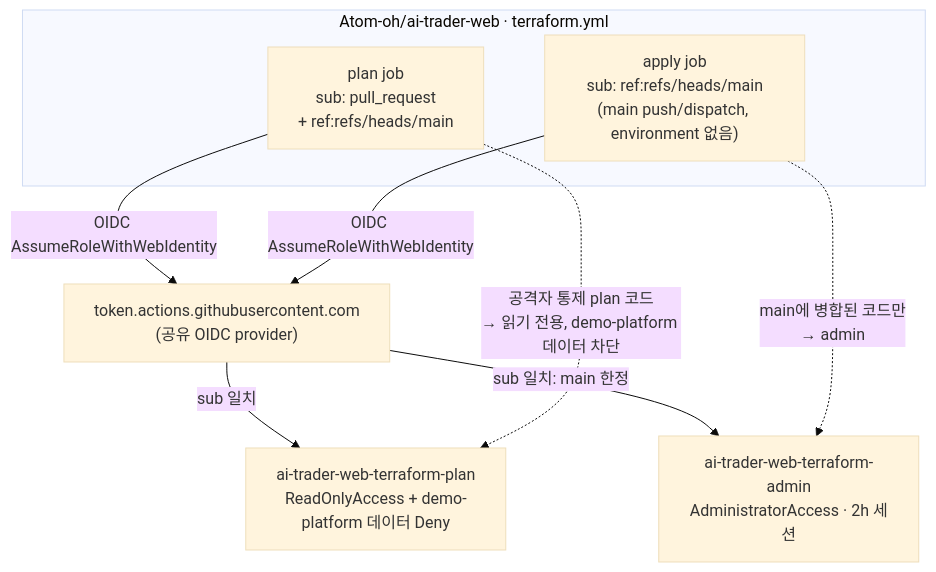
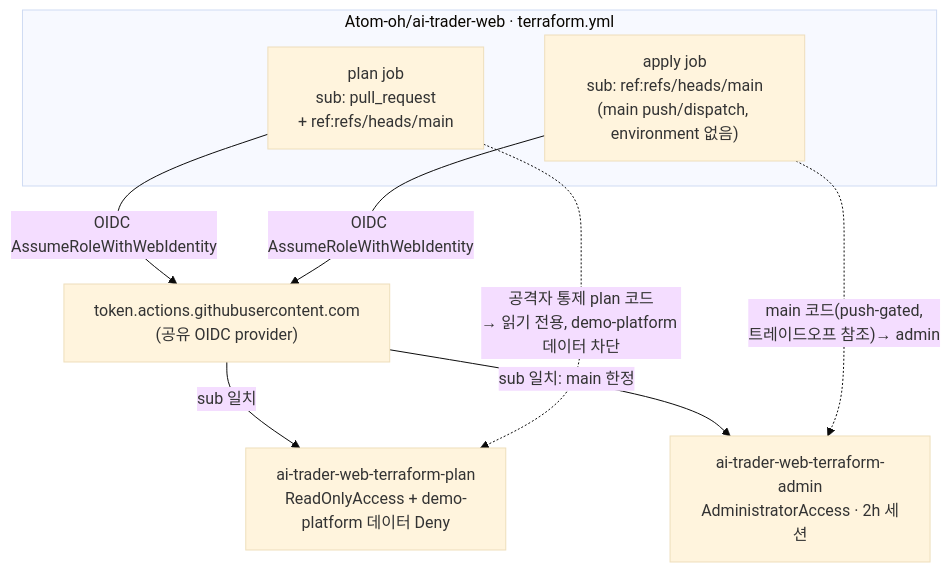
Before and after one commit to Atom-oh/AWS-Demo-Platform: the second of 2 diagrams in docs/decisions/ADR-012-ai-trader-web-oidc-plan-apply-split.md, drawn with Mermaid (base theme). The commit also changed other lines of this file and 2 other files, not shown here.

````diff
--- a/docs/decisions/ADR-012-ai-trader-web-oidc-plan-apply-split.md
+++ b/docs/decisions/ADR-012-ai-trader-web-oidc-plan-apply-split.md
@@ -230,16 +237,16 @@
 ```mermaid
 flowchart TD
     subgraph gh["Atom-oh/ai-trader-web · terraform.yml"]
         pr["plan job<br/>sub: pull_request<br/>+ ref:refs/heads/main"]
         ap["apply job<br/>sub: ref:refs/heads/main<br/>(main push/dispatch, environment 없음)"]
     end
     oidc["token.actions.githubusercontent.com<br/>(공유 OIDC provider)"]
     plan["ai-trader-web-terraform-plan<br/>ReadOnlyAccess + demo-platform 데이터 Deny"]
     admin["ai-trader-web-terraform-admin<br/>AdministratorAccess · 2h 세션"]
     pr -->|OIDC AssumeRoleWithWebIdentity| oidc
     ap -->|OIDC AssumeRoleWithWebIdentity| oidc
     oidc -->|sub 일치| plan
     oidc -->|sub 일치: main 한정| admin
     pr -.->|"공격자 통제 plan 코드<br/>→ 읽기 전용, demo-platform 데이터 차단"| plan
-    ap -.->|"main에 병합된 코드만<br/>→ admin"| admin
+    ap -.->|"main 코드(push-gated,<br/>트레이드오프 참조)→ admin"| admin
 ```
````
